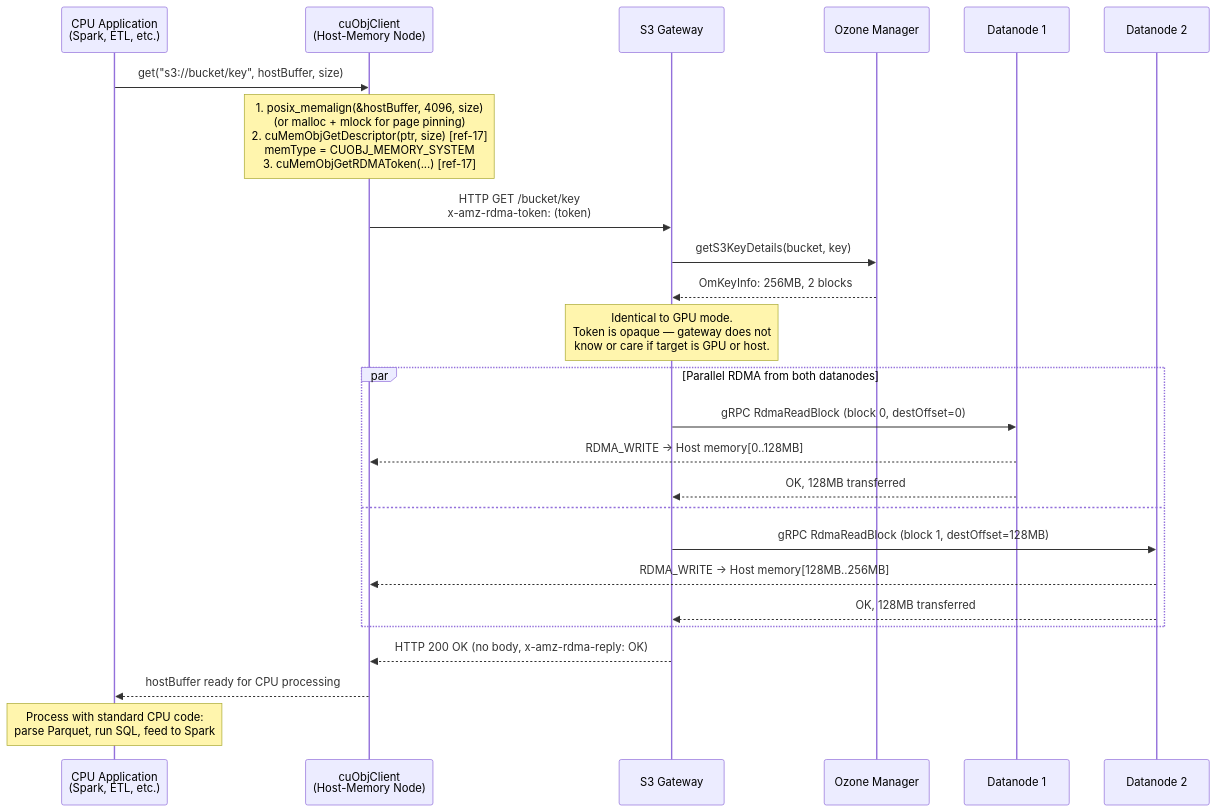
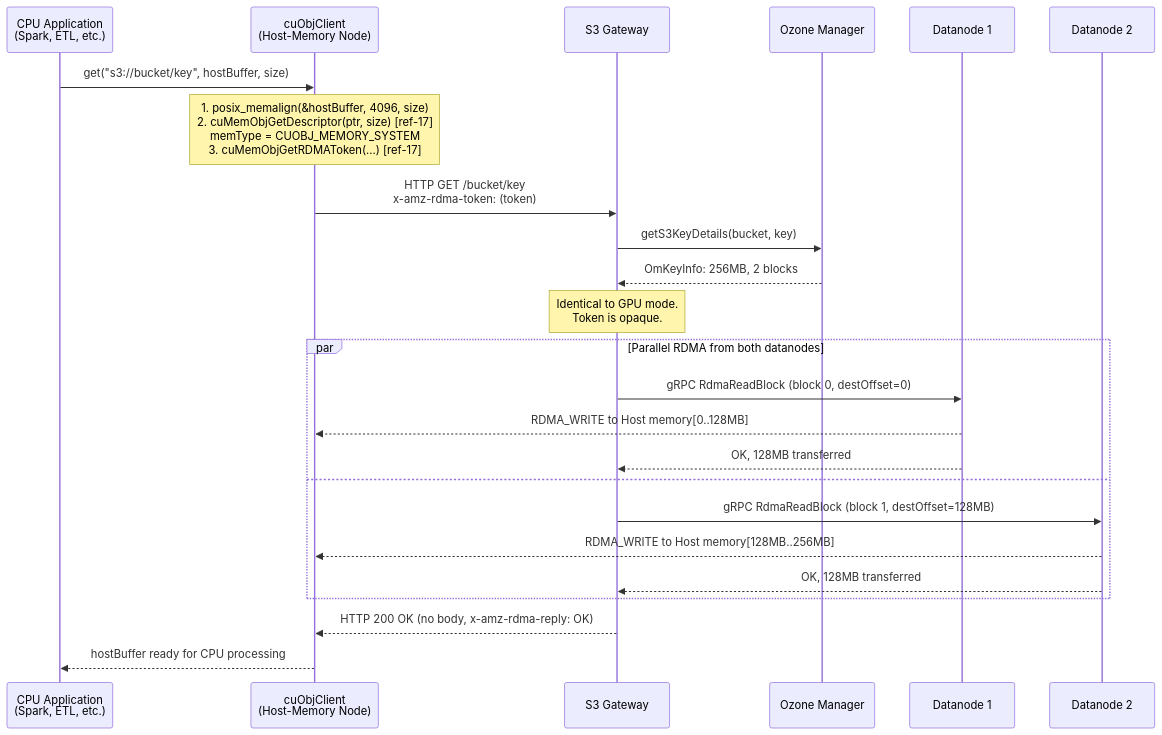
The third of 6 diagrams in docs/gds-dn-direct-rdma-implementation-spec.md (ptlrs/ozone), drawn with Mermaid before and after one commit. The commit also changed other lines of this file, not shown here.

Commit message:
GPUDIRECT. Update GPUDirect Storage spec to v8.0 with validation status, known limitations, fixes for prior inaccuracies, enhanced cloud testing environments, and updated architectural flows

````diff
--- a/docs/gds-dn-direct-rdma-implementation-spec.md
+++ b/docs/gds-dn-direct-rdma-implementation-spec.md
@@ -472,33 +387,32 @@
 ```mermaid
 sequenceDiagram
   participant App as CPU Application<br/>(Spark, ETL, etc.)
   participant cuObj as cuObjClient<br/>(Host-Memory Node)
   participant GW as S3 Gateway
   participant OM as Ozone Manager
   participant DN1 as Datanode 1
   participant DN2 as Datanode 2
 
   App ->> cuObj: get("s3://bucket/key", hostBuffer, size)
-  Note over cuObj: 1. posix_memalign(&hostBuffer, 4096, size)<br/>   (or malloc + mlock for page pinning)<br/>2. cuMemObjGetDescriptor(ptr, size) [ref-17]<br/>   memType = CUOBJ_MEMORY_SYSTEM<br/>3. cuMemObjGetRDMAToken(...) [ref-17]
+  Note over cuObj: 1. posix_memalign(&hostBuffer, 4096, size)<br/>2. cuMemObjGetDescriptor(ptr, size) [ref-17]<br/>   memType = CUOBJ_MEMORY_SYSTEM<br/>3. cuMemObjGetRDMAToken(...) [ref-17]
 
   cuObj ->> GW: HTTP GET /bucket/key<br/>x-amz-rdma-token: (token)
 
   GW ->> OM: getS3KeyDetails(bucket, key)
   OM -->> GW: OmKeyInfo: 256MB, 2 blocks
 
-  Note over GW: Identical to GPU mode.<br/>Token is opaque — gateway does not<br/>know or care if target is GPU or host.
+  Note over GW: Identical to GPU mode.<br/>Token is opaque.
 
   par Parallel RDMA from both datanodes
     GW ->> DN1: gRPC RdmaReadBlock (block 0, destOffset=0)
-    DN1 -->> cuObj: RDMA_WRITE → Host memory[0..128MB]
+    DN1 -->> cuObj: RDMA_WRITE to Host memory[0..128MB]
     DN1 -->> GW: OK, 128MB transferred
   and
     GW ->> DN2: gRPC RdmaReadBlock (block 1, destOffset=128MB)
-    DN2 -->> cuObj: RDMA_WRITE → Host memory[128MB..256MB]
+    DN2 -->> cuObj: RDMA_WRITE to Host memory[128MB..256MB]
     DN2 -->> GW: OK, 128MB transferred
   end
 
   GW -->> cuObj: HTTP 200 OK (no body, x-amz-rdma-reply: OK)
   cuObj -->> App: hostBuffer ready for CPU processing
-  Note over App: Process with standard CPU code:<br/>parse Parquet, run SQL, feed to Spark
 ```
````
